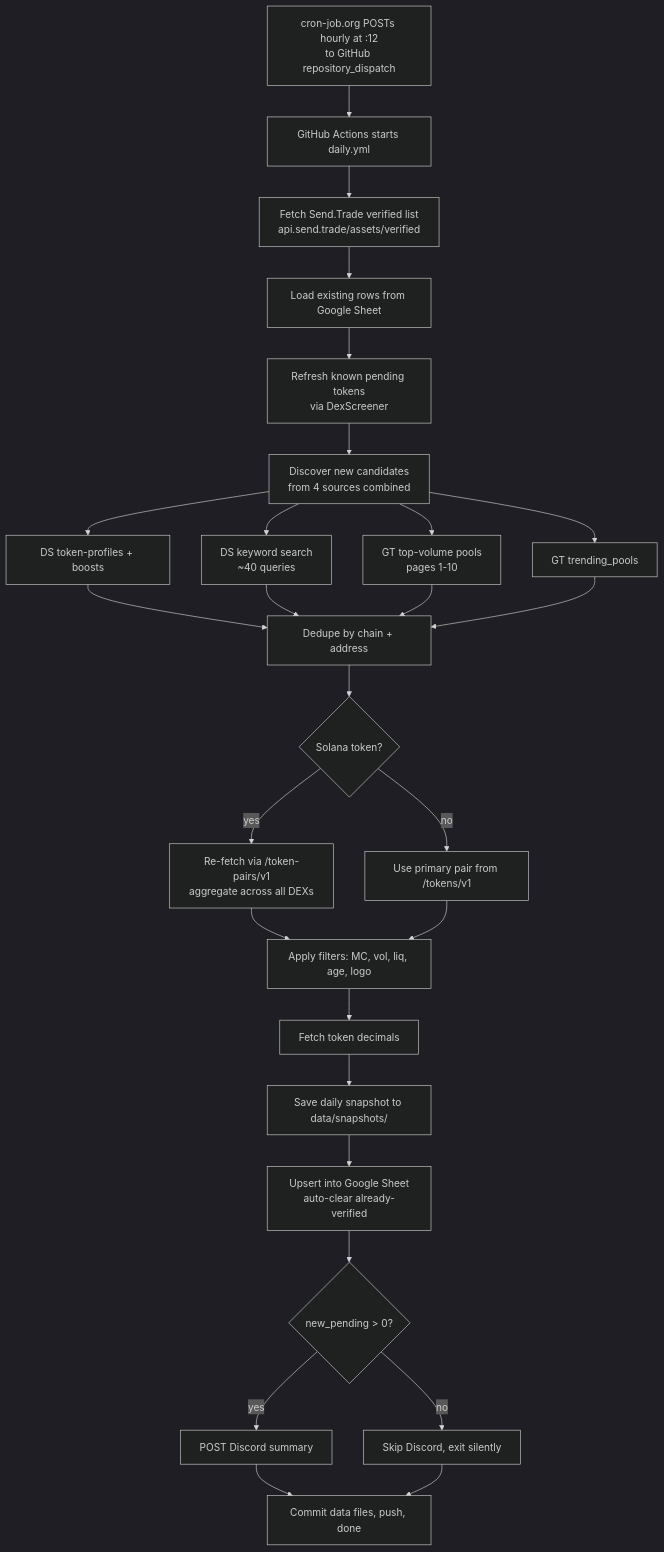
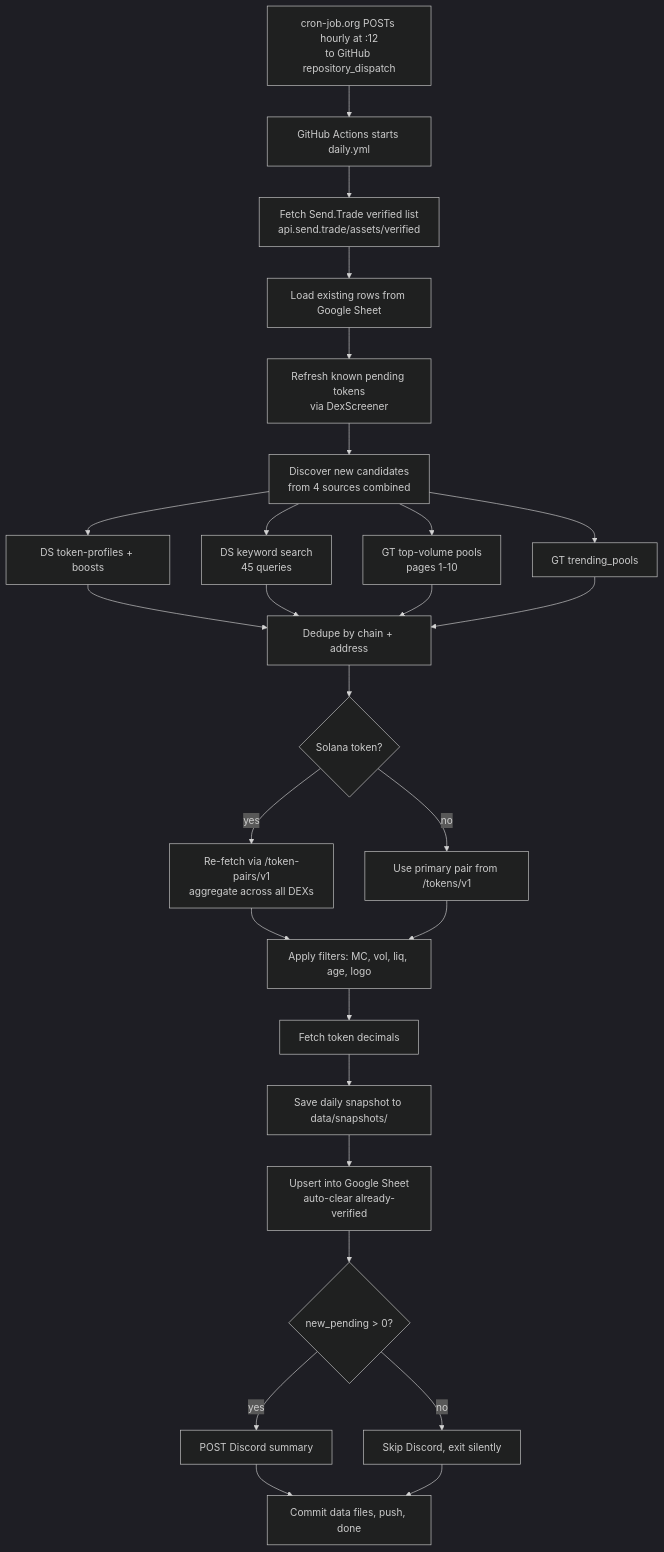
The first of 2 diagrams in README.md (beawesomelee/send-trade-monitor), drawn with Mermaid (dark theme) before and after one commit. The commit also changed other lines of this file and 2 other files, not shown here.

````diff
--- a/README.md
+++ b/README.md
@@ -19,26 +19,26 @@
 ```mermaid
 flowchart TD
     A[cron-job.org POSTs hourly at :12<br/>to GitHub repository_dispatch] --> B[GitHub Actions starts daily.yml]
     B --> C[Fetch Send.Trade verified list<br/>api.send.trade/assets/verified]
     C --> D[Load existing rows from Google Sheet]
     D --> E[Refresh known pending tokens<br/>via DexScreener]
     E --> F[Discover new candidates<br/>from 4 sources combined]
     F --> F1[DS token-profiles + boosts]
-    F --> F2[DS keyword search<br/>~40 queries]
+    F --> F2[DS keyword search<br/>45 queries]
     F --> F3[GT top-volume pools<br/>pages 1-10]
     F --> F4[GT trending_pools]
     F1 & F2 & F3 & F4 --> G[Dedupe by chain + address]
     G --> H{Solana token?}
     H -->|yes| I[Re-fetch via /token-pairs/v1<br/>aggregate across all DEXs]
     H -->|no| J[Use primary pair from /tokens/v1]
     I --> K[Apply filters: MC, vol, liq, age, logo]
     J --> K
     K --> L[Fetch token decimals]
     L --> M[Save daily snapshot to data/snapshots/]
     M --> N[Upsert into Google Sheet<br/>auto-clear already-verified]
     N --> O{new_pending &gt; 0?}
     O -->|yes| P[POST Discord summary]
     O -->|no| Q[Skip Discord, exit silently]
     P --> R[Commit data files, push, done]
     Q --> R
 ```
````
